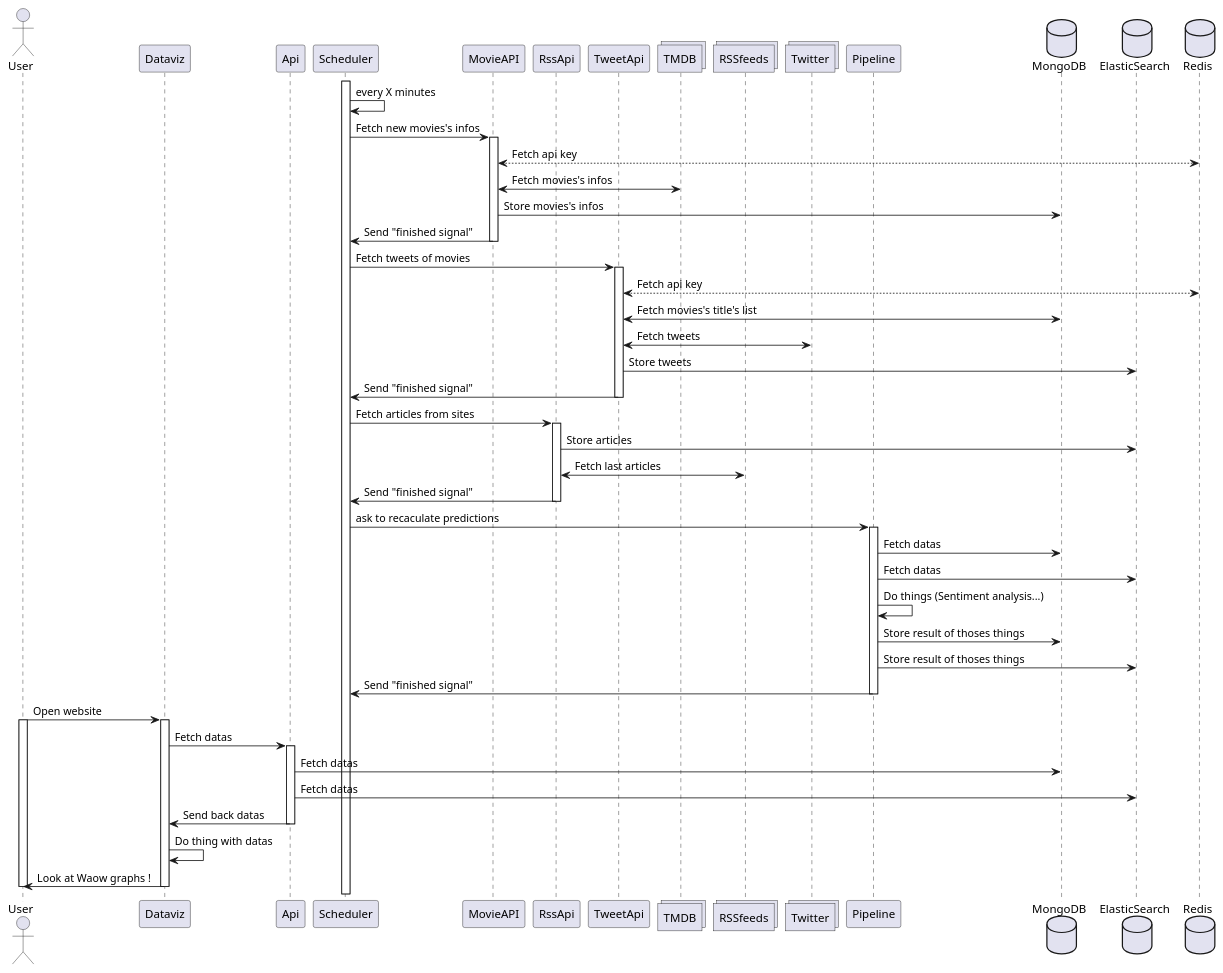
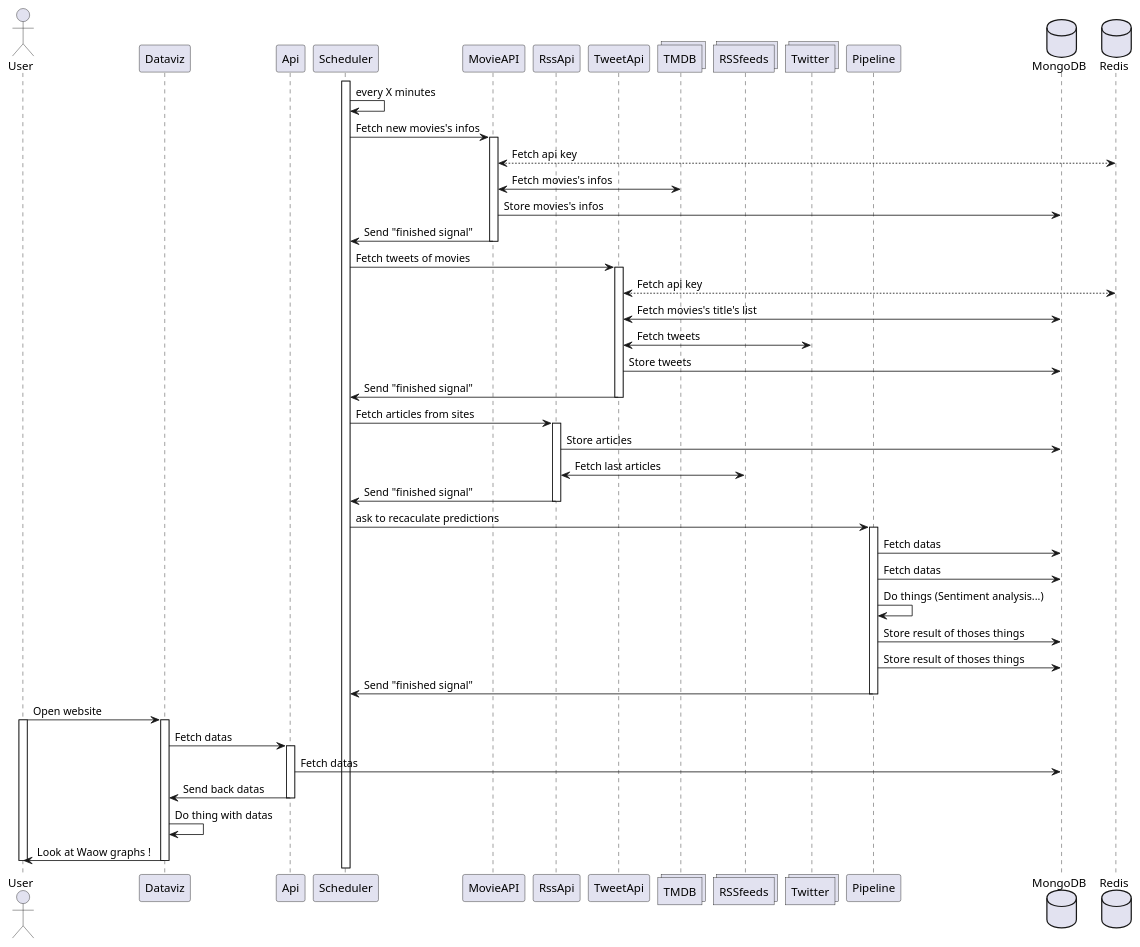
Before and after one commit to ArchYnov/ArchYnov: the diagram in DevOps/DiagramSequence.pu, drawn with PlantUML. The commit also changed 2 other files, not shown here.

Commit message:
[edit] Bye bye elasticsearch

```diff
--- a/DevOps/DiagramSequence.pu
+++ b/DevOps/DiagramSequence.pu
@@ -1,69 +1,67 @@
 @startuml diagram
 ' USERS
 actor       User          as user
 ' DATAVIZ
 participant Dataviz       as dataviz 
 ' API
 participant Api           as api
 ' SCRIPTS
 participant Scheduler     as schedule
 participant MovieAPI      as movieAPI
 participant RssApi        as rssApi
 participant TweetApi      as tweetApi
 ' SOURCES
 collections TMDB          as tmdb
 collections RSSfeeds      as rssFeeds
 collections Twitter       as twitter
 ' ML
 participant Pipeline      as pipeline
 ' DATABASES
 database    MongoDB       as mongodb
-database    ElasticSearch as elasticsearch
 database    Redis         as redis
 ' ACTIONS
 activate schedule
-schedule ->   schedule      : every X minutes 
-schedule ->   movieAPI      : Fetch new movies's infos
+schedule ->   schedule : every X minutes 
+schedule ->   movieAPI : Fetch new movies's infos
 activate movieAPI
-movieAPI <--> redis         : Fetch api key
-movieAPI <->  tmdb          : Fetch movies's infos
-movieAPI ->   mongodb       : Store movies's infos
-schedule <-   movieAPI      : Send "finished signal"
+movieAPI <--> redis    : Fetch api key
+movieAPI <->  tmdb     : Fetch movies's infos
+movieAPI ->   mongodb  : Store movies's infos
+schedule <-   movieAPI : Send "finished signal"
 deactivate movieAPI
-schedule ->   tweetApi      : Fetch tweets of movies
+schedule ->   tweetApi : Fetch tweets of movies
 activate tweetApi
-tweetApi <--> redis         : Fetch api key
-tweetApi <->  mongodb       : Fetch movies's title's list 
-tweetApi <->  twitter       : Fetch tweets
-tweetApi ->   elasticsearch : Store tweets
-schedule <-   tweetApi      : Send "finished signal"
+tweetApi <--> redis    : Fetch api key
+tweetApi <->  mongodb  : Fetch movies's title's list 
+tweetApi <->  twitter  : Fetch tweets
+tweetApi ->   mongodb  : Store tweets
+schedule <-   tweetApi : Send "finished signal"
 deactivate tweetApi
-schedule ->   rssApi        : Fetch articles from sites
+schedule ->   rssApi   : Fetch articles from sites
 activate rssApi
-rssApi   ->   elasticsearch : Store articles
-rssApi   <->  rssFeeds      : Fetch last articles
-rssApi   ->   schedule      : Send "finished signal"
+rssApi   ->   mongodb  : Store articles
+rssApi   <->  rssFeeds : Fetch last articles
+rssApi   ->   schedule : Send "finished signal"
 deactivate rssApi
-schedule ->   pipeline      : ask to recaculate predictions
+schedule ->   pipeline : ask to recaculate predictions
 activate pipeline
-pipeline ->   mongodb       : Fetch datas
-pipeline ->   elasticsearch : Fetch datas
-pipeline ->   pipeline      : Do things (Sentiment analysis...)
-pipeline ->   mongodb       : Store result of thoses things
-pipeline ->   elasticsearch : Store result of thoses things
-schedule <-   pipeline      : Send "finished signal"
+pipeline ->   mongodb  : Fetch datas
+pipeline ->   mongodb  : Fetch datas
+pipeline ->   pipeline : Do things (Sentiment analysis...)
+pipeline ->   mongodb  : Store result of thoses things
+pipeline ->   mongodb  : Store result of thoses things
+schedule <-   pipeline : Send "finished signal"
 deactivate pipeline
-user    ->    dataviz       : Open website
+user    ->    dataviz  : Open website
 activate user
 activate dataviz
-dataviz ->    api           : Fetch datas
+dataviz ->    api      : Fetch datas
 activate api
-api     ->    mongodb       : Fetch datas
-api     ->    elasticsearch : Fetch datas
-api     ->    dataviz       : Send back datas
+api     ->    mongodb  : Fetch datas
+api     ->    dataviz  : Send back datas
 deactivate api
-dataviz ->    dataviz       : Do thing with datas
-dataviz ->    user          : Look at Waow graphs !
+dataviz ->    dataviz  : Do thing with datas
+dataviz ->    user     : Look at Waow graphs !
 deactivate dataviz
 deactivate user 
 @enduml
```
